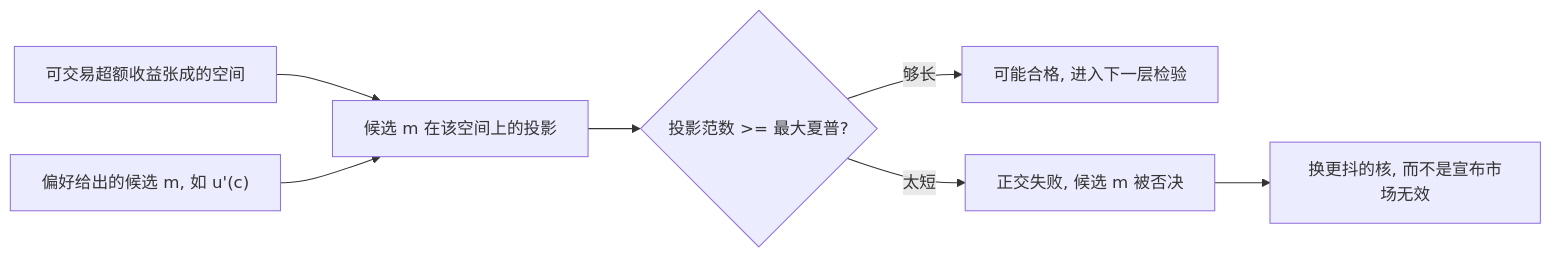
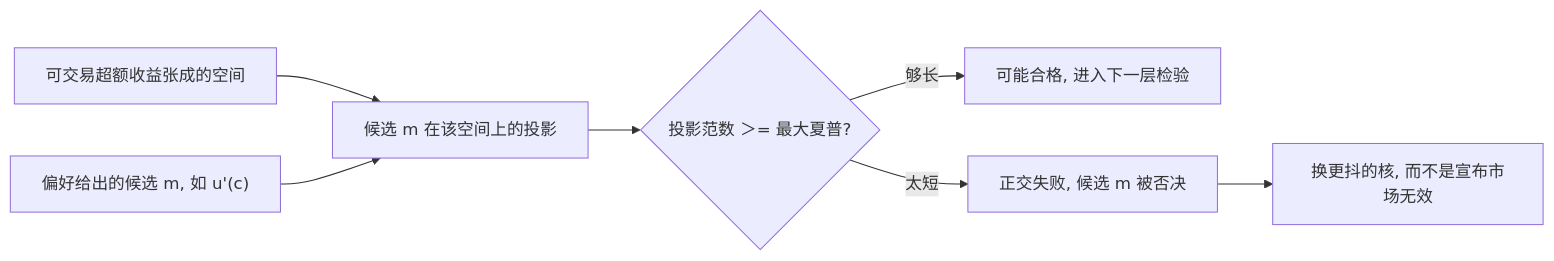
Before and after one commit to xhongduo-tech/xhongduo-tech.github.io: the second of 2 diagrams in docs/econ/hansen-jagannathan.md, drawn with Mermaid. The commit also changed other lines of this file and 291 other files, not shown here.

Commit message:
Normalize lesson titles to tree names and repair mermaid arrow/quote syntax site-wide.

````diff
--- a/docs/econ/hansen-jagannathan.md
+++ b/docs/econ/hansen-jagannathan.md
@@ -55,9 +55,9 @@
 ```mermaid
 flowchart LR
   A["可交易超额收益张成的空间"] --> P["候选 m 在该空间上的投影"]
   B["偏好给出的候选 m, 如 u'(c)"] --> P
-  P --> T{"投影范数 >= 最大夏普?"}
+  P --> T{"投影范数 ＞= 最大夏普?"}
   T -- "够长" --> OK["可能合格, 进入下一层检验"]
   T -- "太短" --> FAIL["正交失败, 候选 m 被否决"]
   FAIL --> FIX["换更抖的核, 而不是宣布市场无效"]
 ```
````
